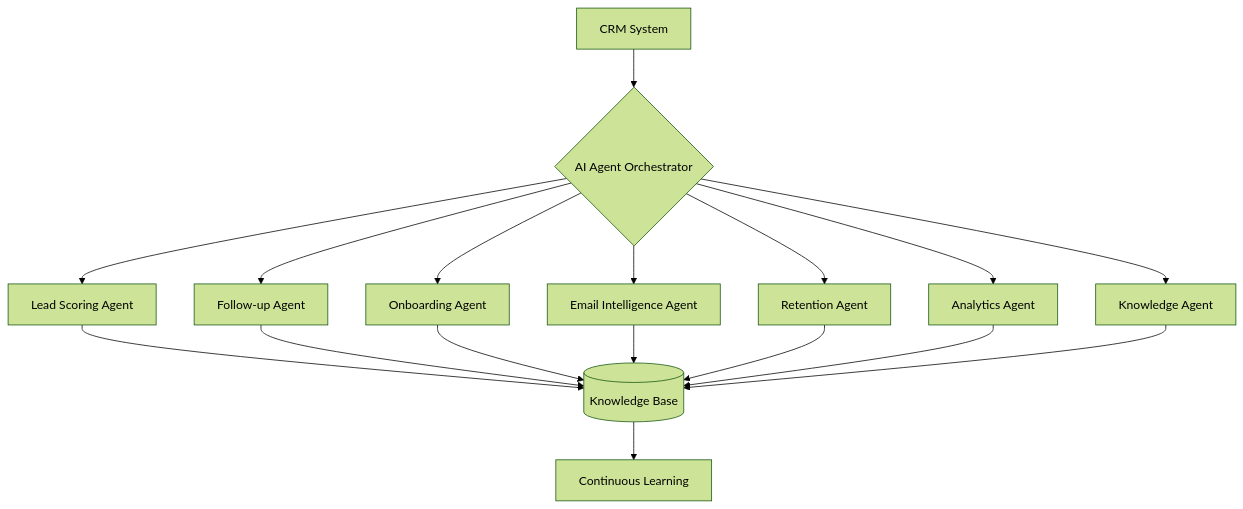
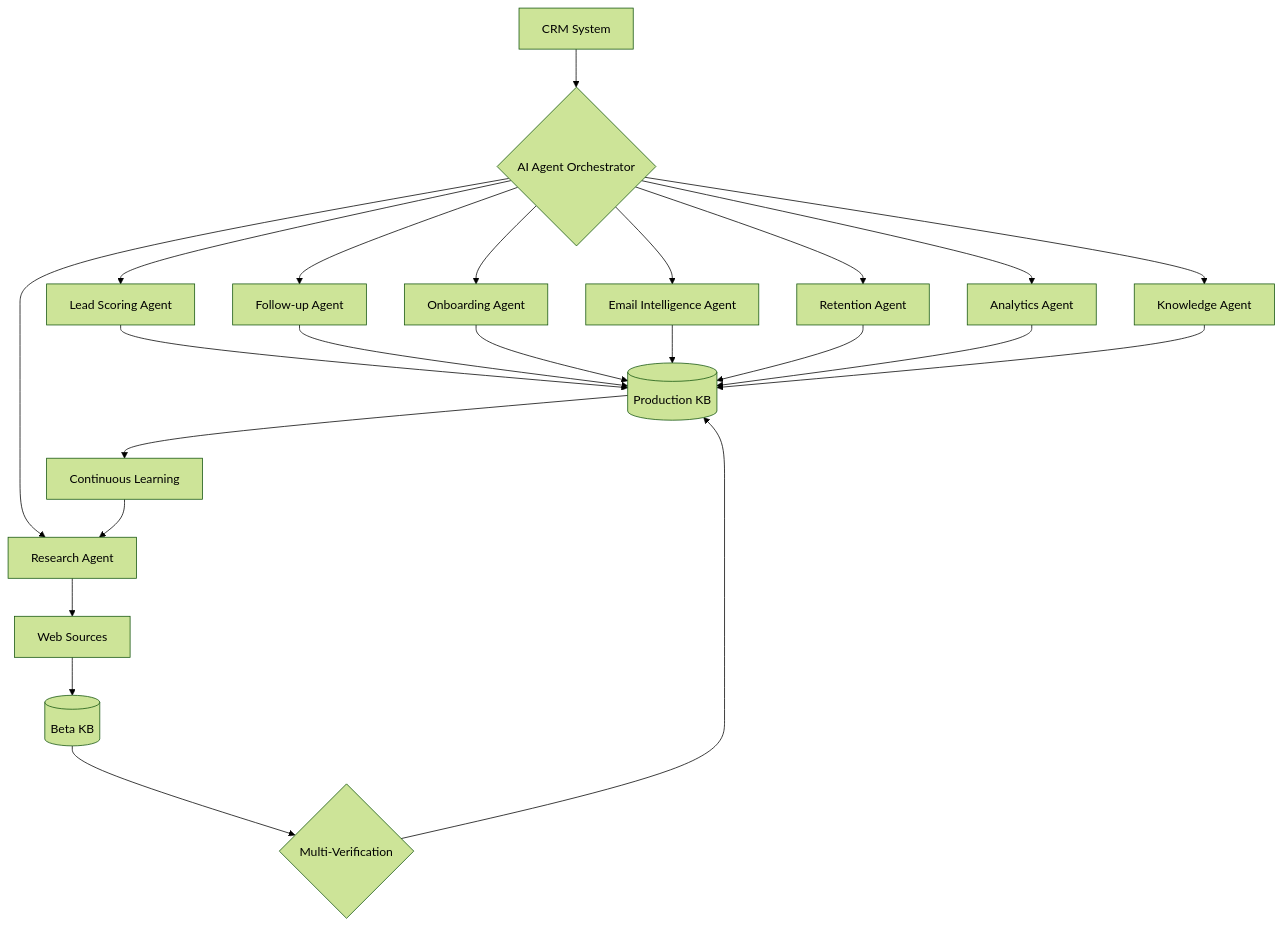
Before and after one commit to devshift-stack/old_crm_updated: the first of 2 diagrams in AI_AUTOMATION_PLAN.md, drawn with Mermaid (forest theme). The commit also changed other lines of this file and 1 other file, not shown here.

````diff
--- a/AI_AUTOMATION_PLAN.md
+++ b/AI_AUTOMATION_PLAN.md
@@ -28,22 +28,29 @@
 ```mermaid
 graph TD
     CRM[CRM System] --> AGENTS{AI Agent Orchestrator}
 
     AGENTS --> A1[Lead Scoring Agent]
     AGENTS --> A2[Follow-up Agent]
     AGENTS --> A3[Onboarding Agent]
     AGENTS --> A4[Email Intelligence Agent]
     AGENTS --> A5[Retention Agent]
     AGENTS --> A6[Analytics Agent]
     AGENTS --> A7[Knowledge Agent]
+    AGENTS --> A8[Research Agent]
 
-    A1 --> KB[(Knowledge Base)]
+    A8 --> WEB[Web Sources]
+    WEB --> BETA[(Beta KB)]
+    BETA --> VERIFY{Multi-Verification}
+    VERIFY --> KB[(Production KB)]
+
+    A1 --> KB
     A2 --> KB
     A3 --> KB
     A4 --> KB
     A5 --> KB
     A6 --> KB
     A7 --> KB
 
     KB --> LEARN[Continuous Learning]
+    LEARN --> A8
 ```
````
